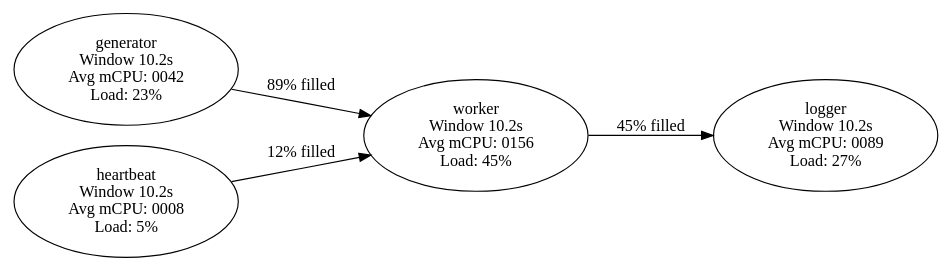
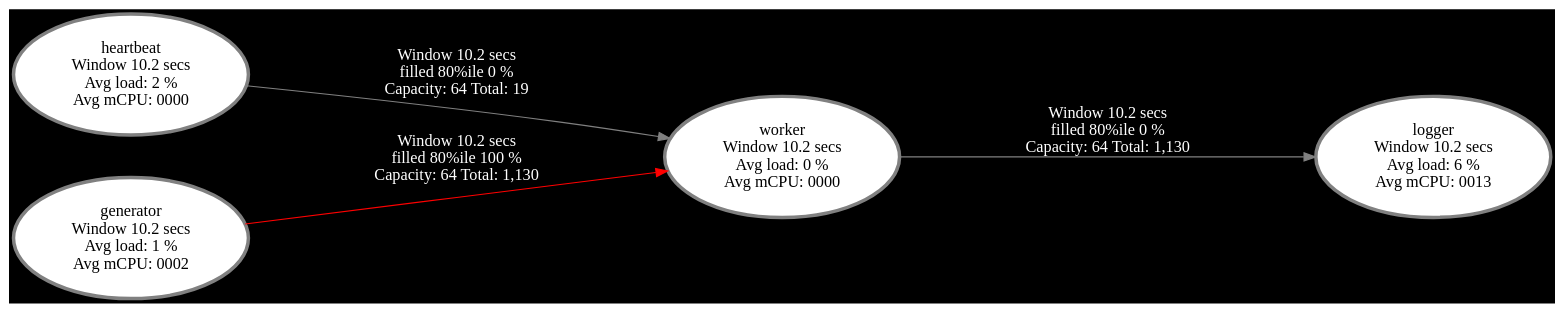
One commit to kmf-lab/steady-state-standard changed the diagram in README.md. Above: the diagram before and after it, drawn with Graphviz. The commit also changed other lines of this file and 5 other files, not shown here.

````diff
--- a/README.md
+++ b/README.md
@@ -136,12 +164,42 @@
 ```dot
 digraph G {
-    rankdir=LR;
-    "generator" [label="generator\nWindow 10.2s\nAvg mCPU: 0042\nLoad: 23%"];
-    "heartbeat" [label="heartbeat\nWindow 10.2s\nAvg mCPU: 0008\nLoad: 5%"];  
-    "worker" [label="worker\nWindow 10.2s\nAvg mCPU: 0156\nLoad: 45%"];
-    "logger" [label="logger\nWindow 10.2s\nAvg mCPU: 0089\nLoad: 27%"];
-    "generator" -> "worker" [label="89% filled"];
-    "heartbeat" -> "worker" [label="12% filled"];
-    "worker" -> "logger" [label="45% filled"];
+rankdir=LR;
+graph [nodesep=.5, ranksep=2.5];
+node [margin=0.1];
+node [style=filled, fillcolor=white, fontcolor=black];
+edge [color=white, fontcolor=white];
+graph [bgcolor=black];
+"heartbeat" [label="heartbeat
+Window 10.2 secs
+Avg load: 2 %
+Avg mCPU: 0000 
+", color=grey, penwidth=3 ];
+"generator" [label="generator
+Window 10.2 secs
+Avg load: 1 %
+Avg mCPU: 0002 
+", color=grey, penwidth=3 ];
+"worker" [label="worker
+Window 10.2 secs
+Avg load: 0 %
+Avg mCPU: 0000 
+", color=grey, penwidth=3 ];
+"logger" [label="logger
+Window 10.2 secs
+Avg load: 6 %
+Avg mCPU: 0013 
+", color=grey, penwidth=3 ];
+"heartbeat" -> "worker" [label="Window 10.2 secs
+filled 80%ile 0 %
+Capacity: 64 Total: 19
+", color=grey, penwidth=1];
+"generator" -> "worker" [label="Window 10.2 secs
+filled 80%ile 100 %
+Capacity: 64 Total: 1,130
+", color=red, penwidth=1];
+"worker" -> "logger" [label="Window 10.2 secs
+filled 80%ile 0 %
+Capacity: 64 Total: 1,130
+", color=grey, penwidth=1];
 }
 ```
````
